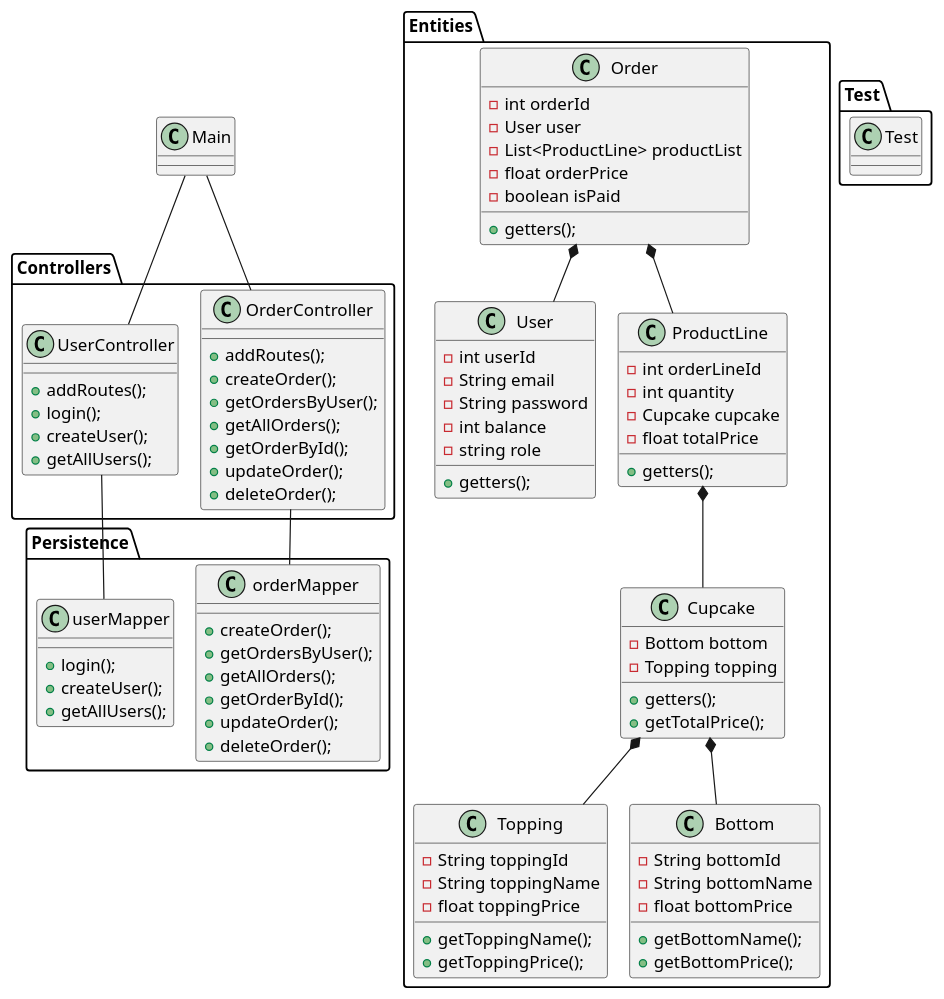
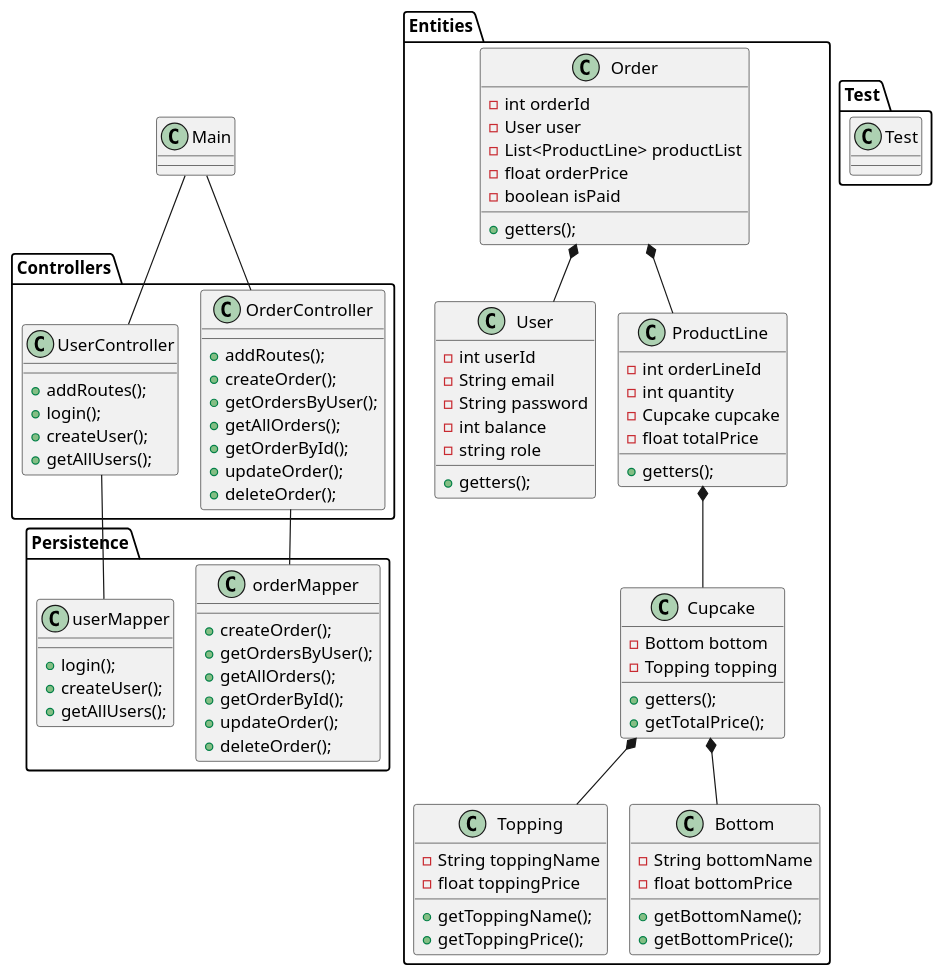
One commit to NightOwl-M/Cupcake-projekt changed the diagram in Docs/ClassDiagram.puml. Above: the diagram before and after it, drawn with PlantUML. The commit also changed 1 other file, not shown here.

Commit message:
Opdateret Classdiagram. topping og bottomid fjernet.

```diff
--- a/Docs/ClassDiagram.puml
+++ b/Docs/ClassDiagram.puml
@@ -1,105 +1,103 @@
 @startuml
 !pragma Layout smetana
 
     class Main {
     }
 
 package "Entities" {
     class Cupcake {
     - Bottom bottom
     - Topping topping
     + getters();
     + getTotalPrice();
     }
 
     class Topping {
-    - String toppingId
     - String toppingName
     - float toppingPrice
     + getToppingName();
     + getToppingPrice();
     }
 
     class Bottom {
-    - String bottomId
     - String bottomName
     - float bottomPrice
     + getBottomName();
     + getBottomPrice();
     }
 
     class User {
     - int userId
     - String email
     - String password
     - int balance
     - string role
     + getters();
     }
     class ProductLine {
     - int orderLineId
     - int quantity
     - Cupcake cupcake
     - float totalPrice
     + getters();
     }
 
     class Order {
     - int orderId
     - User user
     - List<ProductLine> productList
     - float orderPrice
     - boolean isPaid
     + getters();
     }
 }
 Cupcake *-- Topping
 Cupcake *-- Bottom
 
 package "Persistence" {
     class orderMapper {
     + createOrder();
     + getOrdersByUser();
     + getAllOrders();
     + getOrderById();
     + updateOrder();
     + deleteOrder();
     }
 class userMapper {
     + login();
     + createUser();
     + getAllUsers();
     }
 }
 Order *-- ProductLine
 Order *-- User
 ProductLine *-- Cupcake
 
 package "Controllers" {
     class UserController {
     + addRoutes();
     + login();
     + createUser();
     + getAllUsers();
     }
 
     class OrderController {
     + addRoutes();
     + createOrder();
     + getOrdersByUser();
     + getAllOrders();
     + getOrderById();
     + updateOrder();
     + deleteOrder();
     }
 }
 package "Test" {
     class Test {
     }
 }
 Main -- UserController
 Main -- OrderController
 UserController -- userMapper
 OrderController -- orderMapper
 
 @enduml
```
